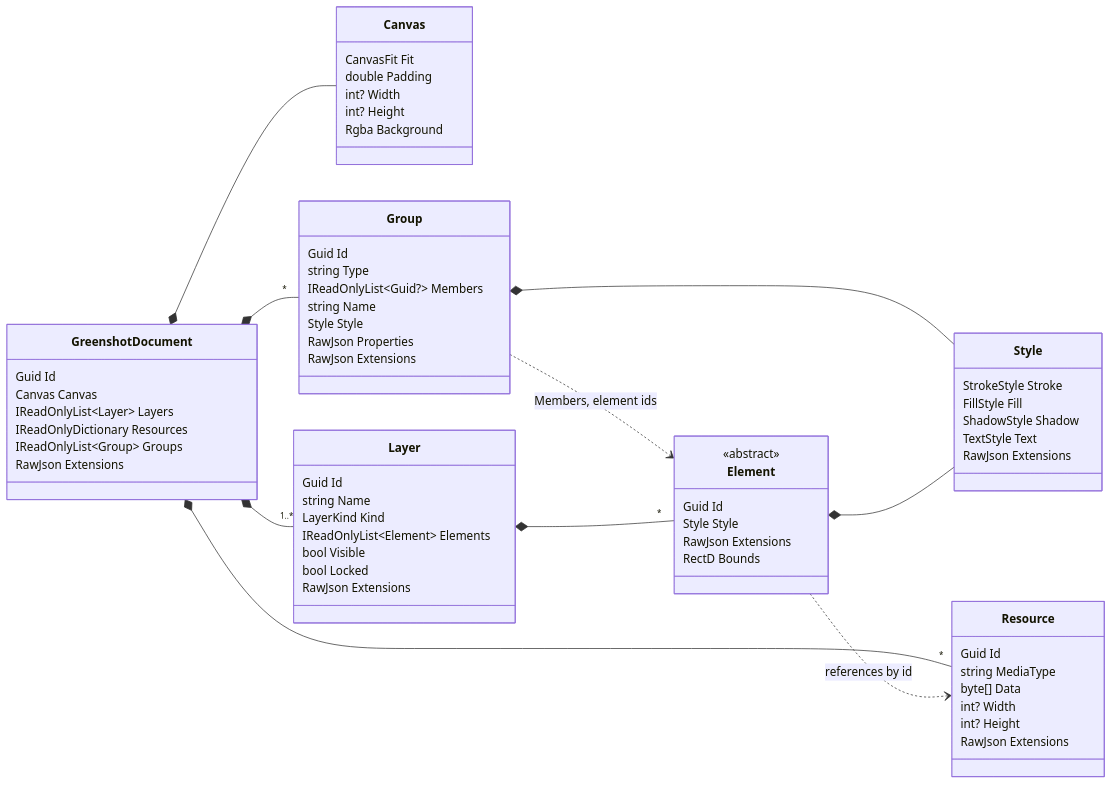
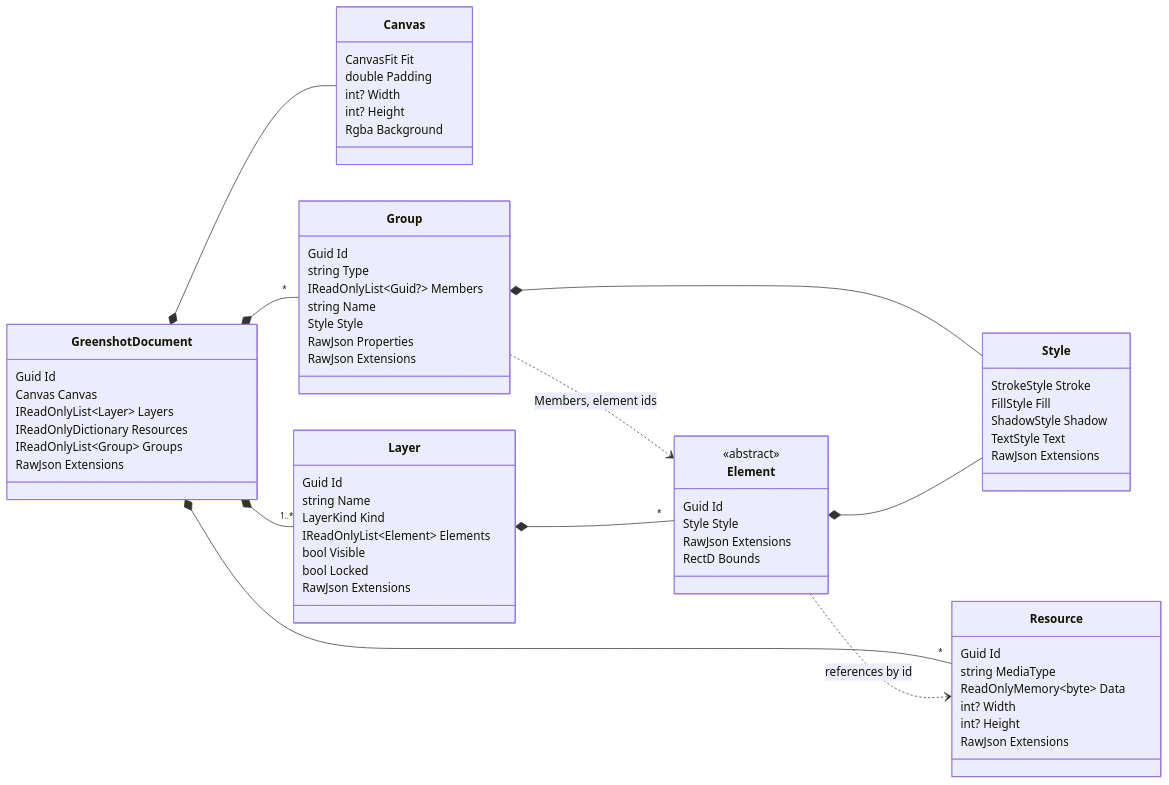
Before and after one commit to greenshot/greenshot: the second of 5 diagrams in docs/document-model.md, drawn with Mermaid. The commit also changed other lines of this file and 10 other files, not shown here.

First line of the commit message:
Document model: no EMF/WMF (a metafile becomes a PNG), resource bytes are read-only memory, encoded in pooled buffers

````diff
--- a/docs/document-model.md
+++ b/docs/document-model.md
@@ -50,68 +50,68 @@
 ```mermaid
 classDiagram
     direction LR
     class GreenshotDocument {
         Guid Id
         Canvas Canvas
         IReadOnlyList~Layer~ Layers
         IReadOnlyDictionary Resources
         IReadOnlyList~Group~ Groups
         RawJson Extensions
     }
     class Canvas {
         CanvasFit Fit
         double Padding
         int? Width
         int? Height
         Rgba Background
     }
     class Group {
         Guid Id
         string Type
         IReadOnlyList~Guid?~ Members
         string Name
         Style Style
         RawJson Properties
         RawJson Extensions
     }
     class Layer {
         Guid Id
         string Name
         LayerKind Kind
         IReadOnlyList~Element~ Elements
         bool Visible
         bool Locked
         RawJson Extensions
     }
     class Resource {
         Guid Id
         string MediaType
-        byte[] Data
+        ReadOnlyMemory~byte~ Data
         int? Width
         int? Height
         RawJson Extensions
     }
     class Element {
         <<abstract>>
         Guid Id
         Style Style
         RawJson Extensions
         RectD Bounds
     }
     class Style {
         StrokeStyle Stroke
         FillStyle Fill
         ShadowStyle Shadow
         TextStyle Text
         RawJson Extensions
     }
     GreenshotDocument *-- Canvas
     GreenshotDocument *-- "1..*" Layer
     GreenshotDocument *-- "*" Resource
     GreenshotDocument *-- "*" Group
     Group ..> Element : Members, element ids
     Group *-- Style
     Layer *-- "*" Element
     Element *-- Style
     Element ..> Resource : references by id
 ```
````
